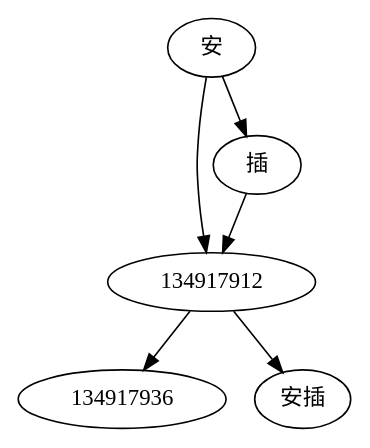
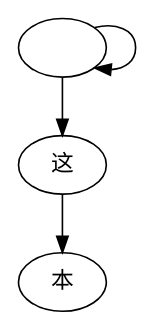
The diagram in src/data/wordspic.dot (barnabuschen/nero), drawn with Graphviz before and after one commit. The commit also changed 45 other files, not shown here.

```diff
--- a/src/data/wordspic.dot
+++ b/src/data/wordspic.dot
@@ -1,9 +1,7 @@
 digraph graphname {
 
-	安 -> 134917912;
-	安 -> 插;
-	插 -> 134917912;
-	134917912 -> 134917936;
-	134917912 ->  安插;
+	这 -> 本;
+	　 -> 　;
+	　 -> 这;
 
 }
```
